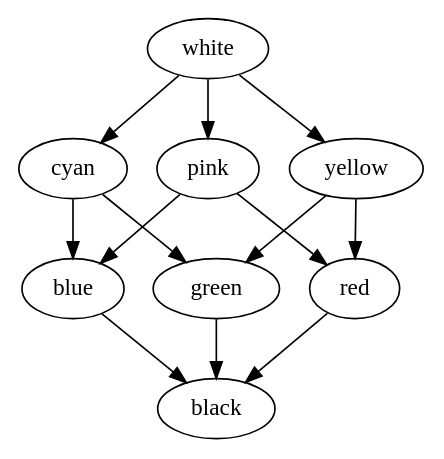
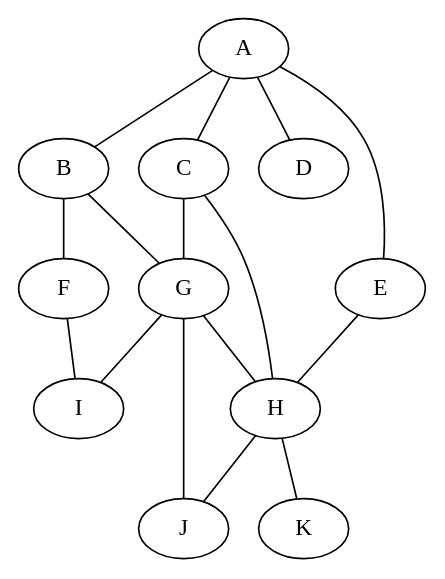
One commit to eeshan56/CSE-464-2023-epanse changed the diagram in example/output.dot. Above: the diagram before and after it, drawn with Graphviz. The commit also changed 6 other files, not shown here.

```diff
--- a/example/output.dot
+++ b/example/output.dot
@@ -1,14 +1,17 @@
-digraph "G" {
-"white" -> "cyan"
-"white" -> "yellow"
-"white" -> "pink"
-"cyan" -> "blue"
-"cyan" -> "green"
-"blue" -> "black"
-"green" -> "black"
-"yellow" -> "green"
-"yellow" -> "red"
-"red" -> "black"
-"pink" -> "red"
-"pink" -> "blue"
+graph {
+"A" -- "B"
+"A" -- "C"
+"A" -- "D"
+"A" -- "E"
+"B" -- "F"
+"B" -- "G"
+"F" -- "I"
+"G" -- "I"
+"G" -- "J"
+"G" -- "H"
+"H" -- "J"
+"H" -- "K"
+"C" -- "G"
+"C" -- "H"
+"E" -- "H"
 }
```
